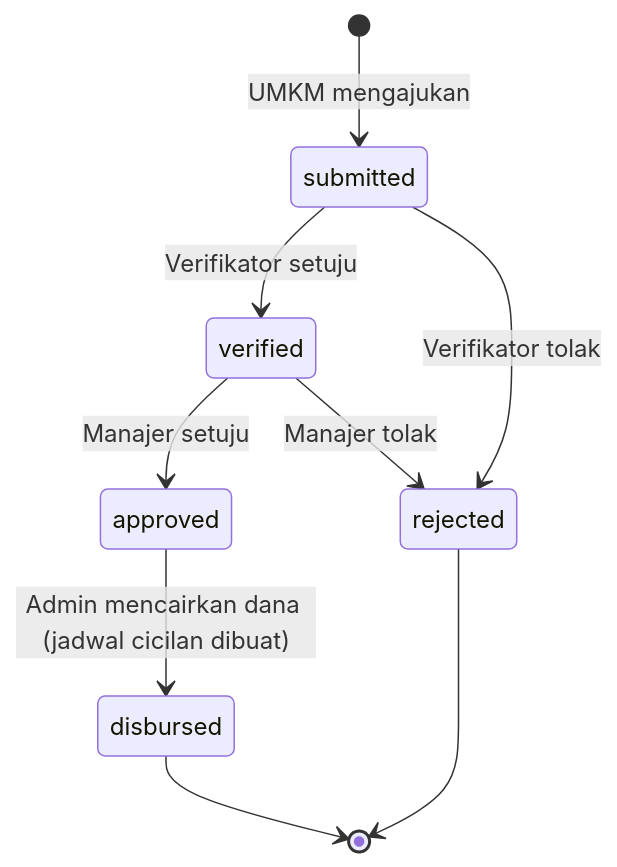
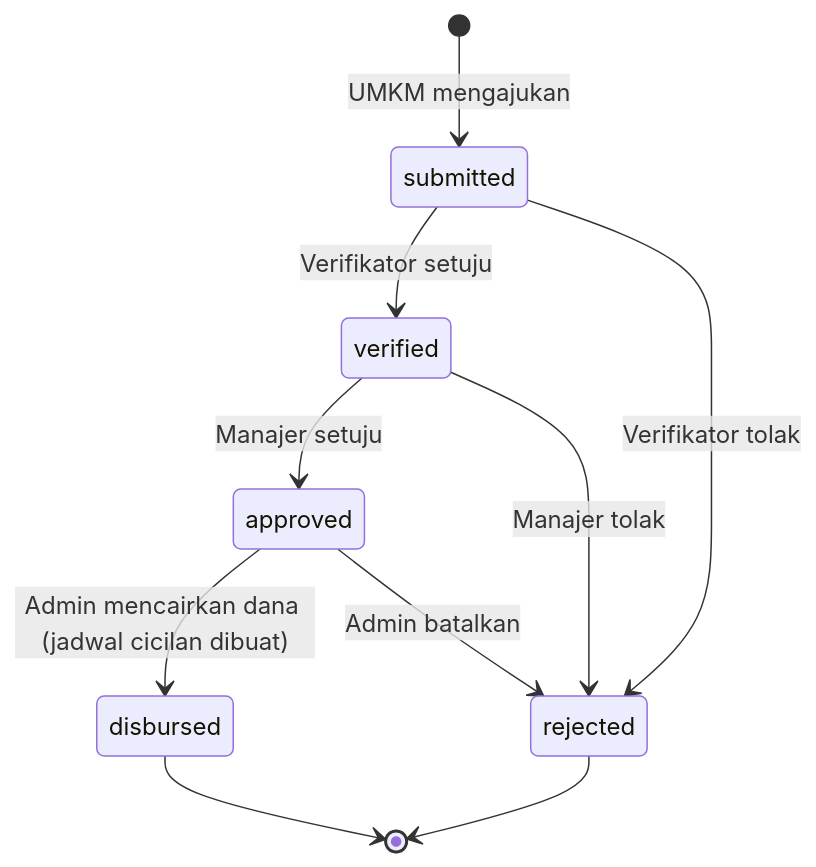
Before and after one commit to Irana06/Modalin: the second of 2 diagrams in docs/ERD.md, drawn with Mermaid. The commit also changed other lines of this file and 28 other files, not shown here.

````diff
--- a/docs/ERD.md
+++ b/docs/ERD.md
@@ -105,11 +105,12 @@
 ```mermaid
 stateDiagram-v2
     [*] --> submitted : UMKM mengajukan
     submitted --> verified : Verifikator setuju
     submitted --> rejected : Verifikator tolak
     verified --> approved : Manajer setuju
     verified --> rejected : Manajer tolak
     approved --> disbursed : Admin mencairkan dana (jadwal cicilan dibuat)
+    approved --> rejected : Admin batalkan
     disbursed --> [*]
     rejected --> [*]
 ```
````
